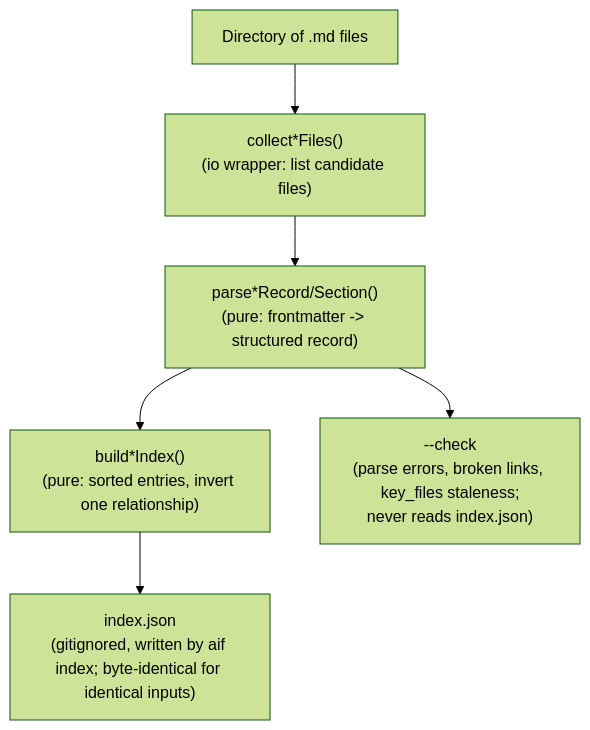
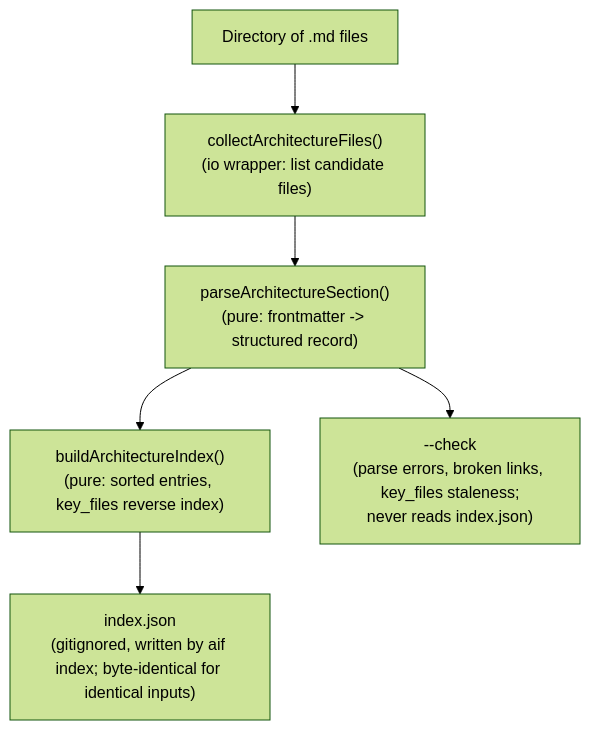
One commit to starvoxel/ai-foundation changed the diagram in docs/architecture/05_04_document_indexing.md. Above: the diagram before and after it, drawn with Mermaid (forest theme). The commit also changed other lines of this file and 10 other files, not shown here.

````diff
--- a/docs/architecture/05_04_document_indexing.md
+++ b/docs/architecture/05_04_document_indexing.md
@@ -20,8 +16,8 @@
 ```mermaid
 flowchart TD
-  Files["Directory of .md files"] --> Collect["collect*Files()\n(io wrapper: list candidate files)"]
-  Collect --> Parse["parse*Record/Section()\n(pure: frontmatter -> structured record)"]
-  Parse --> Build["build*Index()\n(pure: sorted entries, invert one relationship)"]
+  Files["Directory of .md files"] --> Collect["collectArchitectureFiles()\n(io wrapper: list candidate files)"]
+  Collect --> Parse["parseArchitectureSection()\n(pure: frontmatter -> structured record)"]
+  Parse --> Build["buildArchitectureIndex()\n(pure: sorted entries, key_files reverse index)"]
   Build --> Out["index.json\n(gitignored, written by aif index; byte-identical for identical inputs)"]
   Parse --> Check["--check\n(parse errors, broken links, key_files staleness;\nnever reads index.json)"]
 ```
````
